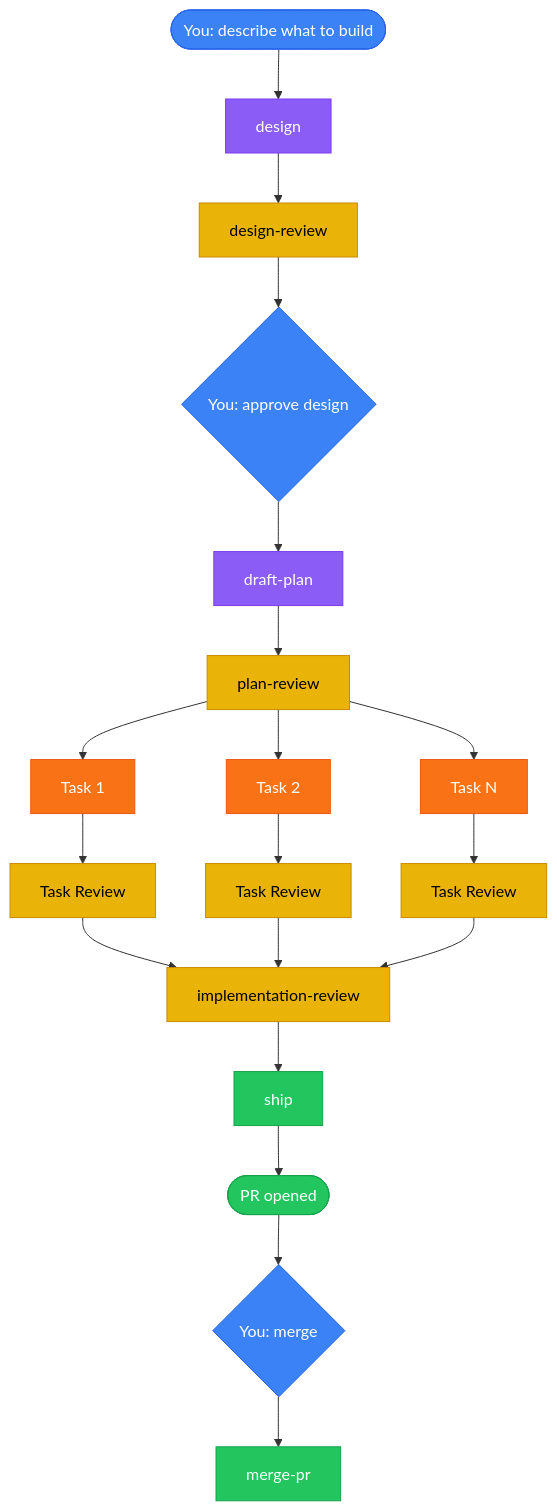
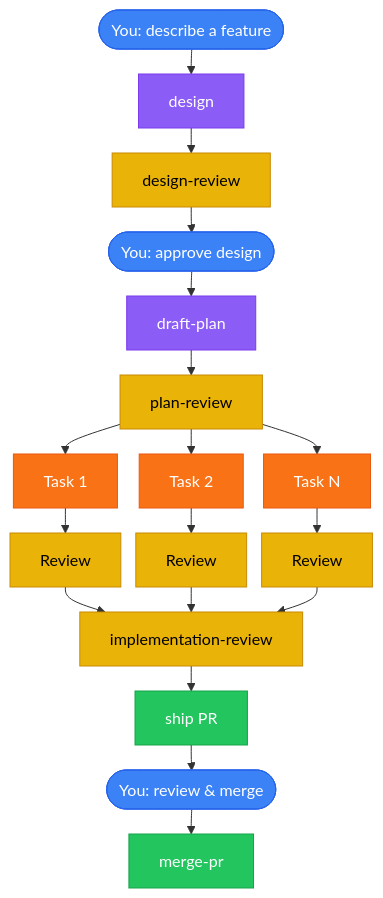
The diagram in README.md (nikhilsitaram/superpowers), drawn with Mermaid before and after one commit.

Commit message:
fix: compact mermaid diagram, replace oversized diamonds with stadium nodes

````diff
--- a/README.md
+++ b/README.md
@@ -57,40 +57,39 @@
 ```mermaid
+%%{init: {'flowchart': {'nodeSpacing': 15, 'rankSpacing': 25}}}%%
 flowchart TD
-    A([You: describe what to build]) --> B[design]
+    A([You: describe a feature]) --> B[design]
     B --> BR[design-review]
-    BR --> C{You: approve design}
+    BR --> C([You: approve design])
     C --> D[draft-plan]
     D --> DR[plan-review]
 
     DR --> T1[Task 1]
     DR --> T2[Task 2]
     DR --> TN[Task N]
 
-    T1 --> R1[Task Review]
-    T2 --> R2[Task Review]
-    TN --> RN[Task Review]
+    T1 --> R1[Review]
+    T2 --> R2[Review]
+    TN --> RN[Review]
 
     R1 & R2 & RN --> IR[implementation-review]
-    IR --> S[ship]
-    S --> PR([PR opened])
-    PR --> M{You: merge}
+    IR --> S[ship PR]
+    S --> M([You: review & merge])
     M --> MP[merge-pr]
 
     style A    fill:#3b82f6,stroke:#2563eb,color:#fff
     style B    fill:#8b5cf6,stroke:#7c3aed,color:#fff
     style BR   fill:#eab308,stroke:#ca8a04,color:#000
     style C    fill:#3b82f6,stroke:#2563eb,color:#fff
     style D    fill:#8b5cf6,stroke:#7c3aed,color:#fff
     style DR   fill:#eab308,stroke:#ca8a04,color:#000
     style T1   fill:#f97316,stroke:#ea580c,color:#fff
     style T2   fill:#f97316,stroke:#ea580c,color:#fff
     style TN   fill:#f97316,stroke:#ea580c,color:#fff
     style R1   fill:#eab308,stroke:#ca8a04,color:#000
     style R2   fill:#eab308,stroke:#ca8a04,color:#000
     style RN   fill:#eab308,stroke:#ca8a04,color:#000
     style IR   fill:#eab308,stroke:#ca8a04,color:#000
     style S    fill:#22c55e,stroke:#16a34a,color:#fff
-    style PR   fill:#22c55e,stroke:#16a34a,color:#fff
     style M    fill:#3b82f6,stroke:#2563eb,color:#fff
     style MP   fill:#22c55e,stroke:#16a34a,color:#fff
 ```
````
